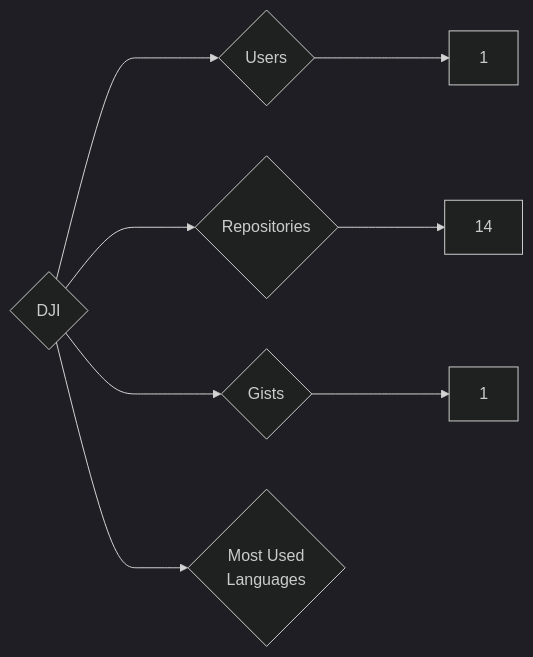
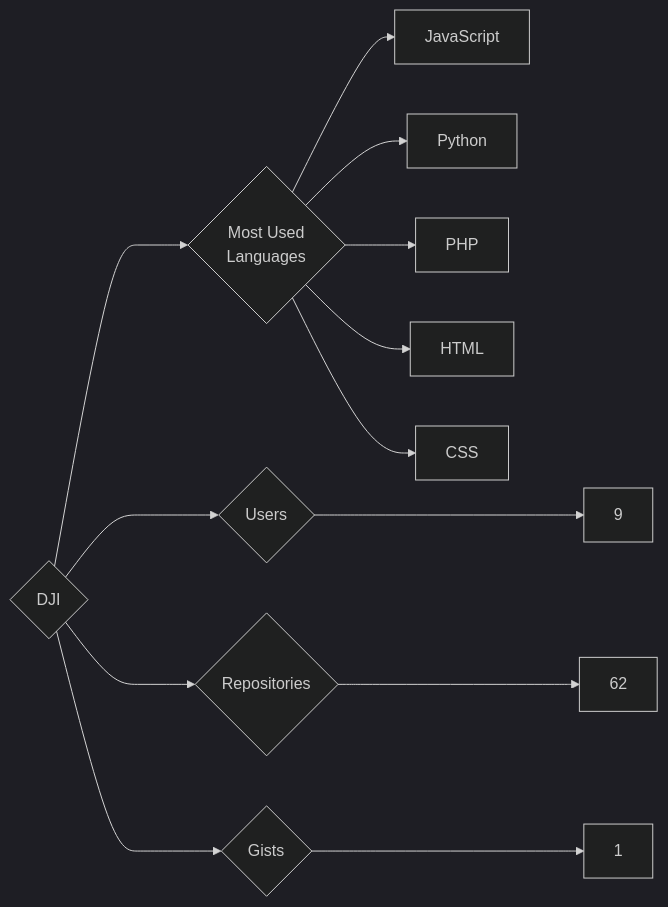
Before and after one commit to trickest/insiders: the diagram in targets/DJI/README.md, drawn with Mermaid (dark theme). The commit also changed 1148 other files, not shown here.

````diff
--- a/targets/DJI/README.md
+++ b/targets/DJI/README.md
@@ -3,8 +3,13 @@
 ```mermaid
 graph LR
 COMPANY_NAME{DJI}
-COMPANY_NAME ---> U{Users} ---> UN[1]
-COMPANY_NAME ---> R{Repositories} ---> RN[14]
+COMPANY_NAME ---> U{Users} ---> UN[9]
+COMPANY_NAME ---> R{Repositories} ---> RN[62]
 COMPANY_NAME ---> G{Gists} ---> GN[1]
 COMPANY_NAME ---> ML{Most Used<br>Languages}
+ML --> JavaScript[JavaScript]
+ML --> Python[Python]
+ML --> PHP[PHP]
+ML --> HTML[HTML]
+ML --> CSS[CSS]
 ```
````
